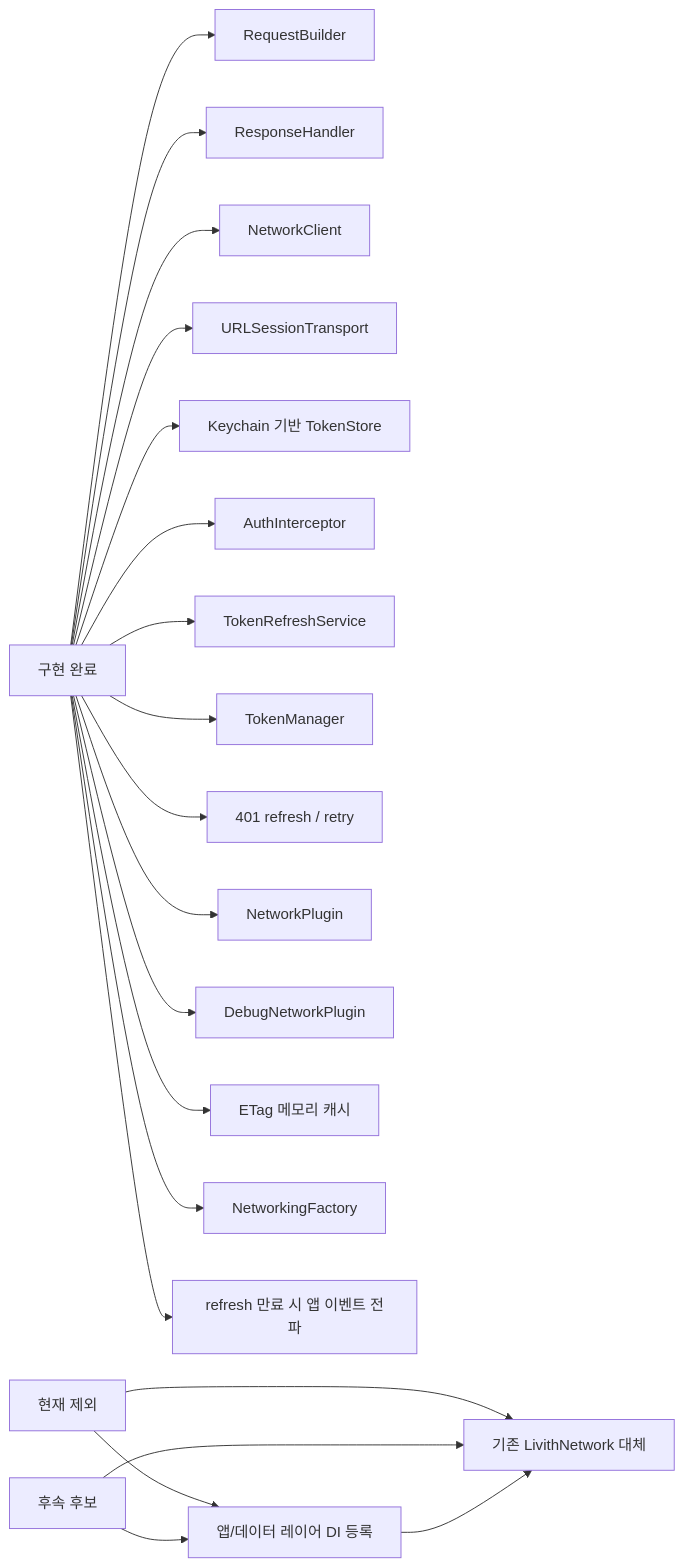
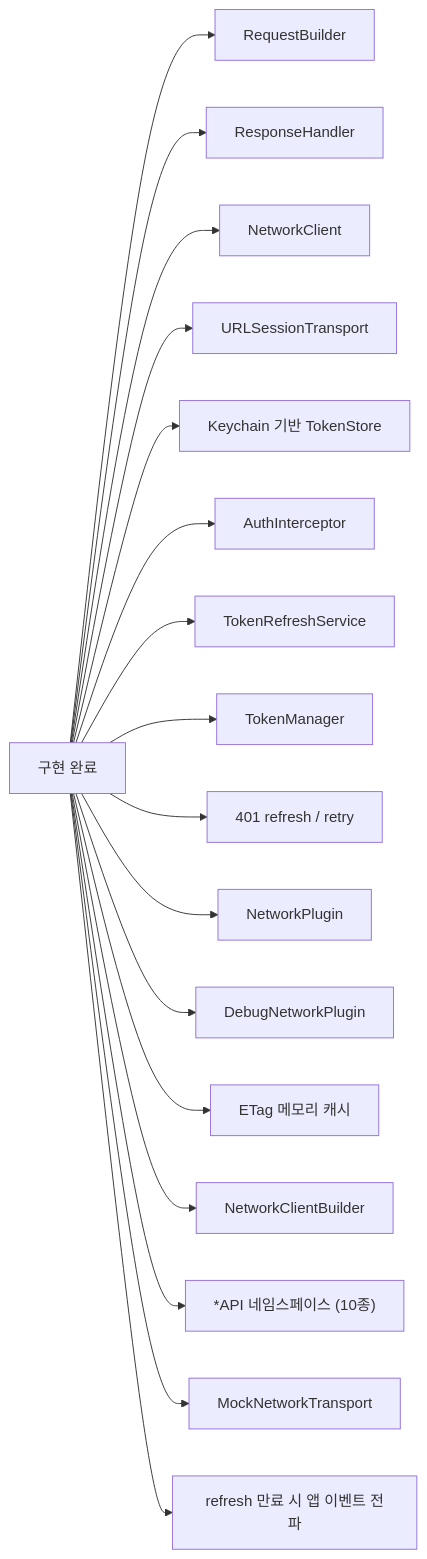
One commit to mediunn/Livith-iOS changed the first of 8 diagrams in Projects/LivithNetworking/README.md. Above: the diagram before and after it, drawn with Mermaid. The commit also changed other lines of this file and 7 other files, not shown here.

````diff
--- a/Projects/LivithNetworking/README.md
+++ b/Projects/LivithNetworking/README.md
@@ -7,28 +9,21 @@
 ```mermaid
 flowchart LR
     Done[구현 완료]
-    Out[현재 제외]
-    Next[후속 후보]
 
     Done --> Request[RequestBuilder]
     Done --> Response[ResponseHandler]
     Done --> Client[NetworkClient]
     Done --> Transport[URLSessionTransport]
     Done --> TokenStore[Keychain 기반 TokenStore]
     Done --> Interceptor[AuthInterceptor]
     Done --> RefreshService[TokenRefreshService]
     Done --> TokenManager[TokenManager]
     Done --> Retry[401 refresh / retry]
     Done --> Plugin[NetworkPlugin]
     Done --> DebugPlugin[DebugNetworkPlugin]
     Done --> Cache[ETag 메모리 캐시]
-    Done --> Factory[NetworkingFactory]
+    Done --> Builder[NetworkClientBuilder]
+    Done --> API["*API 네임스페이스 (10종)"]
+    Done --> MockTransport[MockNetworkTransport]
     Done --> Logout[refresh 만료 시 앱 이벤트 전파]
-
-    Out --> DI[앱/데이터 레이어 DI 등록]
-    Out --> Migration[기존 LivithNetwork 대체]
-
-    Next --> DI
-    Next --> Migration
-    DI --> Migration
 ```
````
